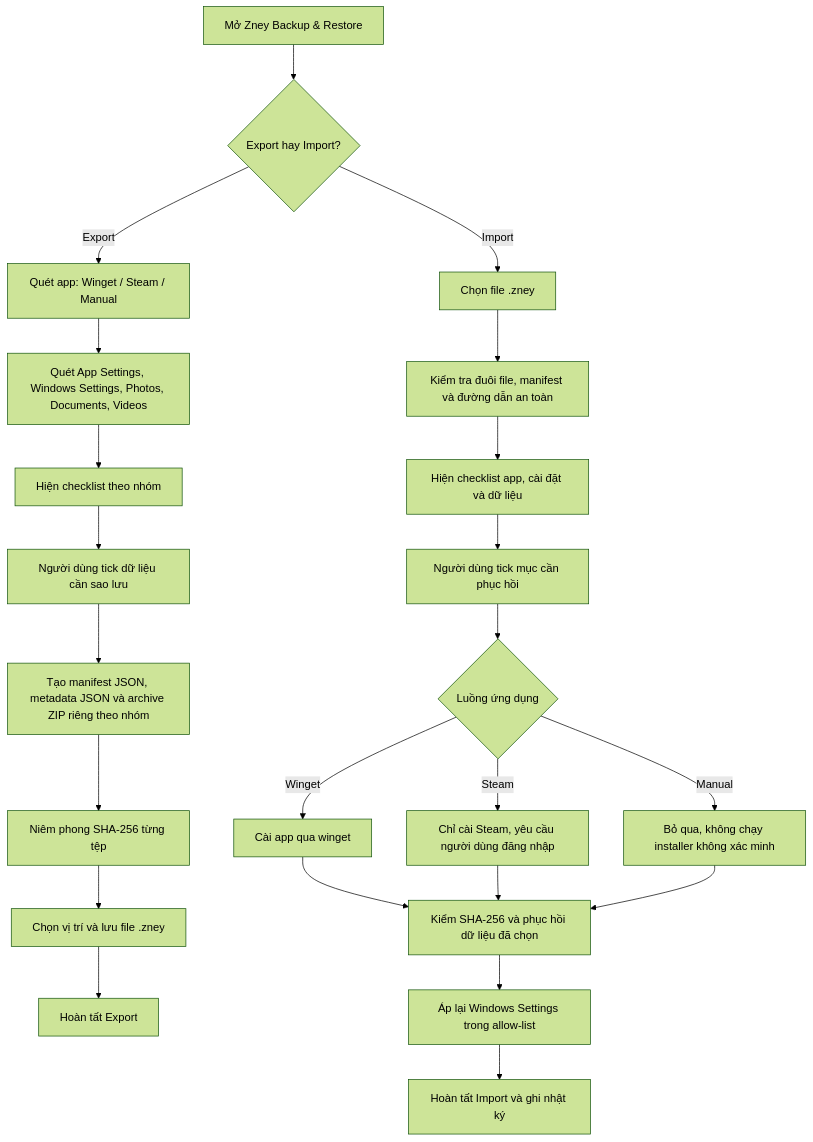
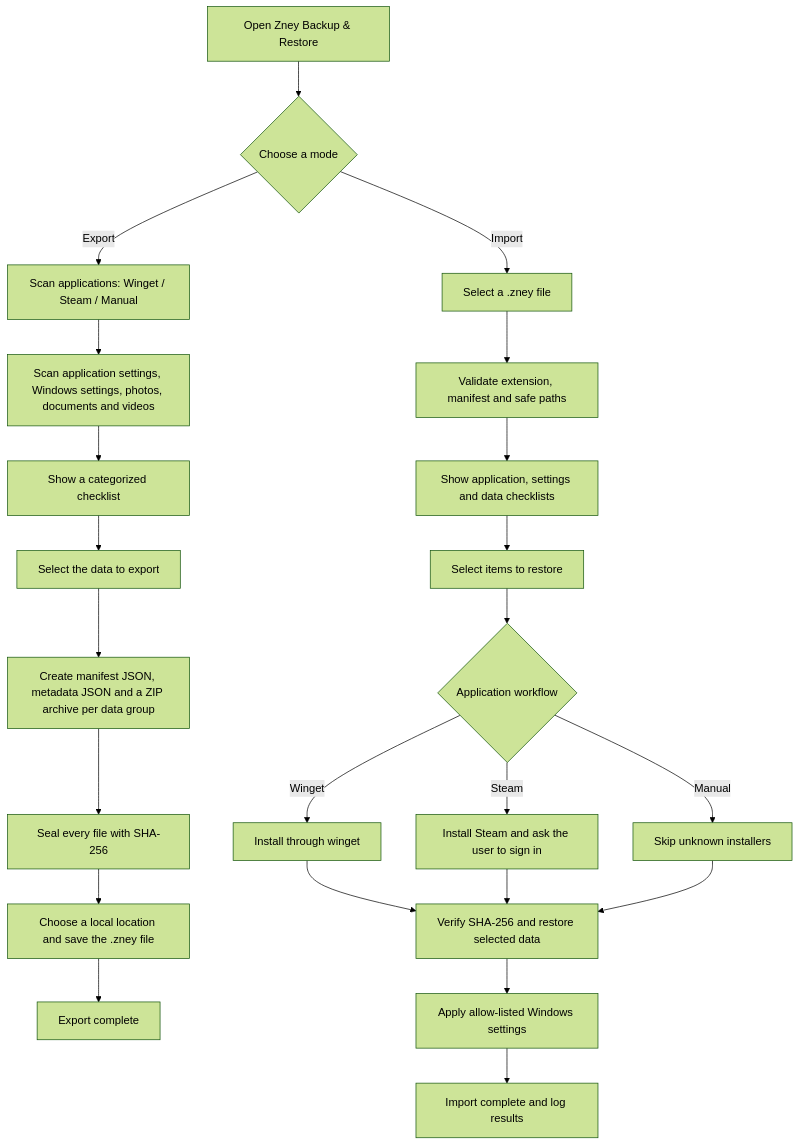
Before and after one commit to psy-zney/BackupData: the diagram in README.md, drawn with Mermaid (forest theme). The commit also changed other lines of this file and 6 other files, not shown here.

````diff
--- a/README.md
+++ b/README.md
@@ -88,27 +22,27 @@
 ```mermaid
 flowchart TD
-    Start[Mở Zney Backup & Restore] --> Mode{Export hay Import?}
+    Start[Open Zney Backup & Restore] --> Mode{Choose a mode}
 
-    Mode -->|Export| ScanApps[Quét app: Winget / Steam / Manual]
-    ScanApps --> ScanData[Quét App Settings, Windows Settings, Photos, Documents, Videos]
-    ScanData --> ExportList[Hiện checklist theo nhóm]
-    ExportList --> ExportChoice[Người dùng tick dữ liệu cần sao lưu]
-    ExportChoice --> CreatePackage[Tạo manifest JSON, metadata JSON và archive ZIP riêng theo nhóm]
-    CreatePackage --> Hash[Niêm phong SHA-256 từng tệp]
-    Hash --> Save[Chọn vị trí và lưu file .zney]
-    Save --> ExportDone[Hoàn tất Export]
+    Mode -->|Export| ScanApps[Scan applications: Winget / Steam / Manual]
+    ScanApps --> ScanData[Scan application settings, Windows settings, photos, documents and videos]
+    ScanData --> ExportList[Show a categorized checklist]
+    ExportList --> ExportChoice[Select the data to export]
+    ExportChoice --> CreatePackage[Create manifest JSON, metadata JSON and a ZIP archive per data group]
+    CreatePackage --> Hash[Seal every file with SHA-256]
+    Hash --> Save[Choose a local location and save the .zney file]
+    Save --> ExportDone[Export complete]
 
-    Mode -->|Import| PickFile[Chọn file .zney]
-    PickFile --> Validate[Kiểm tra đuôi file, manifest và đường dẫn an toàn]
-    Validate --> ImportList[Hiện checklist app, cài đặt và dữ liệu]
-    ImportList --> ImportChoice[Người dùng tick mục cần phục hồi]
-    ImportChoice --> AppFlow{Luồng ứng dụng}
-    AppFlow -->|Winget| Install[Cài app qua winget]
-    AppFlow -->|Steam| Steam[Chỉ cài Steam, yêu cầu người dùng đăng nhập]
-    AppFlow -->|Manual| Skip[Bỏ qua, không chạy installer không xác minh]
-    Install --> RestoreData[Kiểm SHA-256 và phục hồi dữ liệu đã chọn]
+    Mode -->|Import| PickFile[Select a .zney file]
+    PickFile --> Validate[Validate extension, manifest and safe paths]
+    Validate --> ImportList[Show application, settings and data checklists]
+    ImportList --> ImportChoice[Select items to restore]
+    ImportChoice --> AppFlow{Application workflow}
+    AppFlow -->|Winget| Install[Install through winget]
+    AppFlow -->|Steam| Steam[Install Steam and ask the user to sign in]
+    AppFlow -->|Manual| Skip[Skip unknown installers]
+    Install --> RestoreData[Verify SHA-256 and restore selected data]
     Steam --> RestoreData
     Skip --> RestoreData
-    RestoreData --> ApplyWindows[Áp lại Windows Settings trong allow-list]
-    ApplyWindows --> ImportDone[Hoàn tất Import và ghi nhật ký]
+    RestoreData --> ApplyWindows[Apply allow-listed Windows settings]
+    ApplyWindows --> ImportDone[Import complete and log results]
 ```
````
